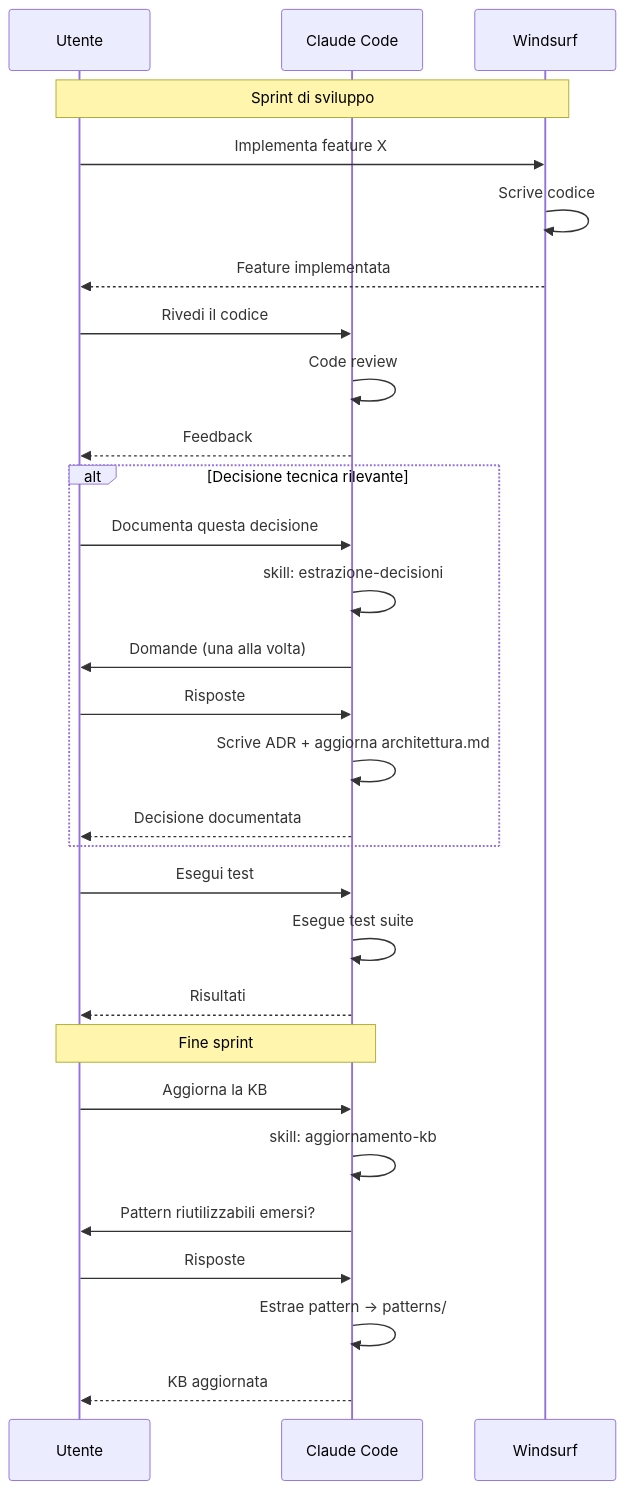
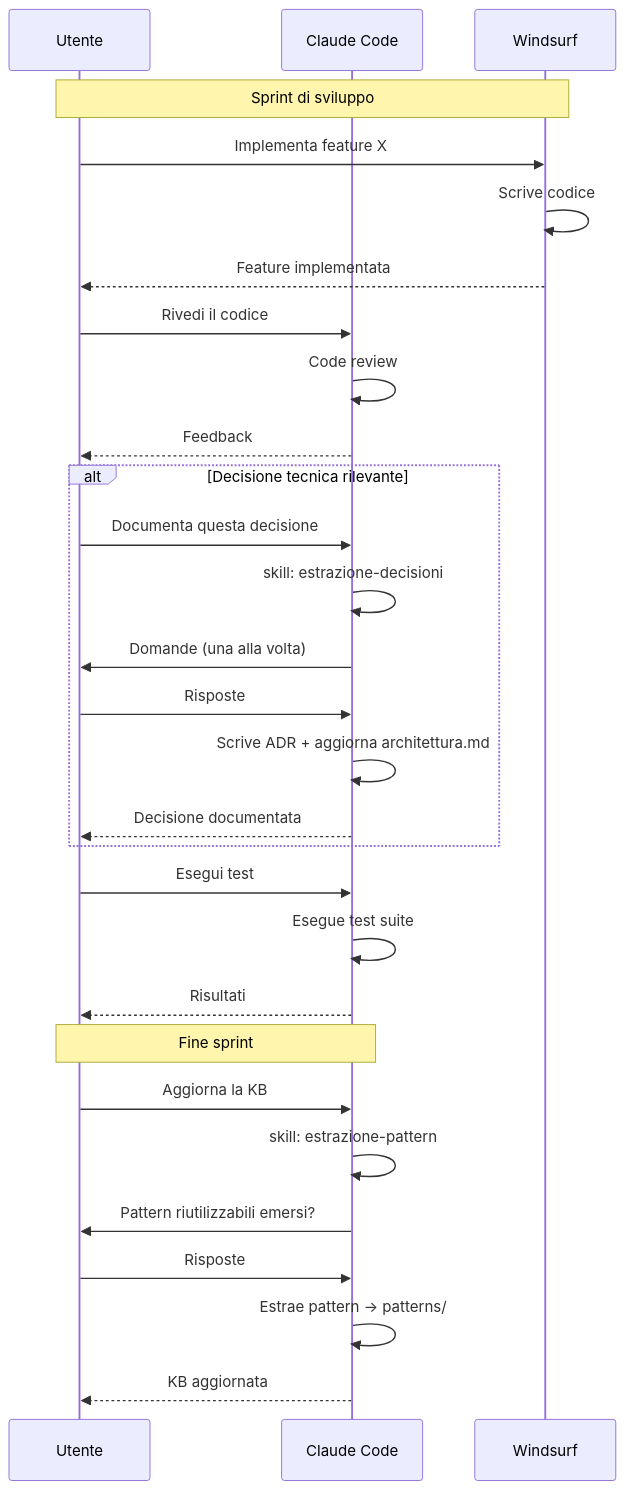
One commit to SimoneBriganteLaif/SimoneAI changed the fifth of 7 diagrams in docs/workflow.md. Above: the diagram before and after it, drawn with Mermaid. The commit also changed other lines of this file and 29 other files, not shown here.

````diff
--- a/docs/workflow.md
+++ b/docs/workflow.md
@@ -123,38 +177,38 @@
 ```mermaid
 sequenceDiagram
     participant U as Utente
     participant CC as Claude Code
     participant WS as Windsurf
 
     Note over U,WS: Sprint di sviluppo
 
     U->>WS: Implementa feature X
     WS->>WS: Scrive codice
     WS-->>U: Feature implementata
 
     U->>CC: Rivedi il codice
     CC->>CC: Code review
     CC-->>U: Feedback
 
     alt Decisione tecnica rilevante
         U->>CC: Documenta questa decisione
         CC->>CC: skill: estrazione-decisioni
         CC->>U: Domande (una alla volta)
         U->>CC: Risposte
         CC->>CC: Scrive ADR + aggiorna architettura.md
         CC-->>U: Decisione documentata
     end
 
     U->>CC: Esegui test
     CC->>CC: Esegue test suite
     CC-->>U: Risultati
 
     Note over U,CC: Fine sprint
 
     U->>CC: Aggiorna la KB
-    CC->>CC: skill: aggiornamento-kb
+    CC->>CC: skill: estrazione-pattern
     CC->>U: Pattern riutilizzabili emersi?
     U->>CC: Risposte
     CC->>CC: Estrae pattern → patterns/
     CC-->>U: KB aggiornata
 ```
````
